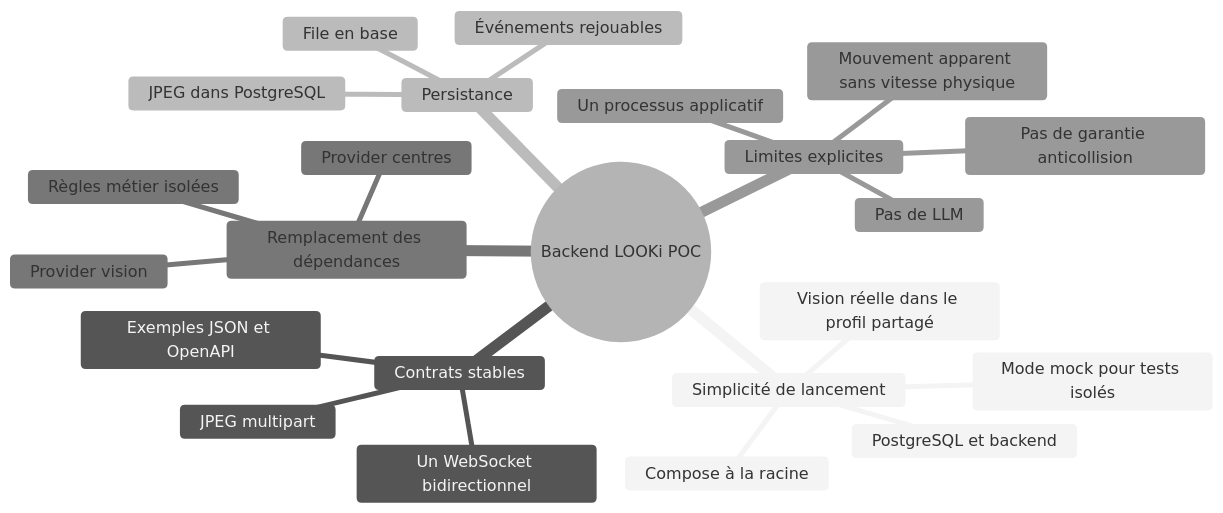
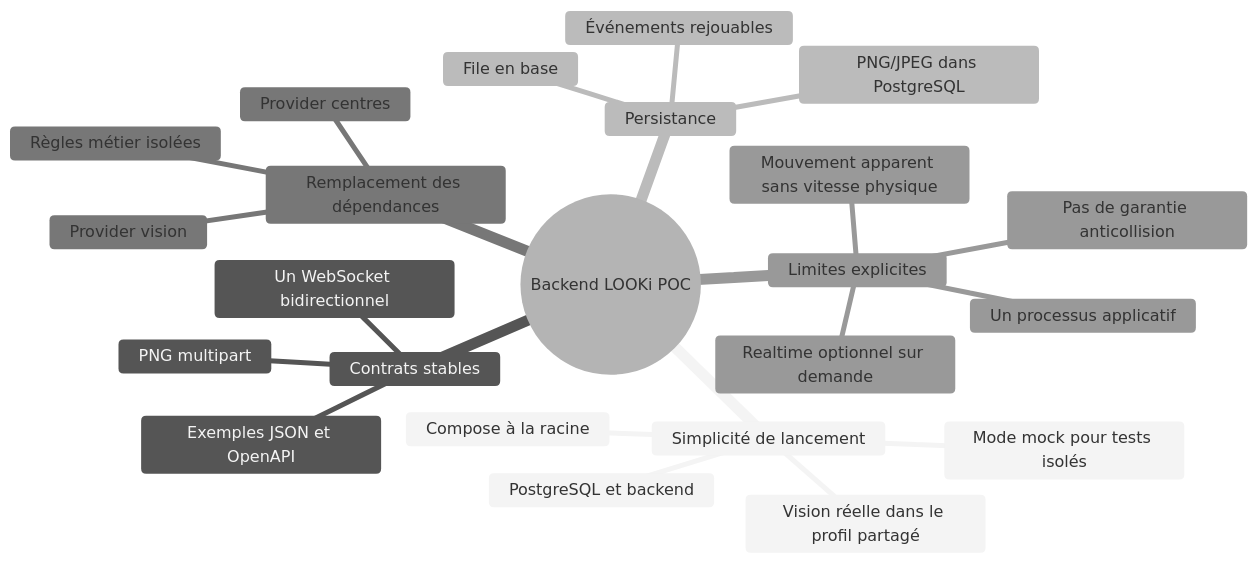
One commit to Mindsept/Looki--Vision changed the first of 5 diagrams in docs/07-decisions-et-limites.md. Above: the diagram before and after it, drawn with Mermaid (neutral theme). The commit also changed other lines of this file and 56 other files, not shown here.

Commit message:
feat(contracts): implement mobile realtime lifecycle and PNG ingestion

````diff
--- a/docs/07-decisions-et-limites.md
+++ b/docs/07-decisions-et-limites.md
@@ -5,26 +7,26 @@
 ```mermaid
 mindmap
   root((Backend LOOKi POC))
     Simplicité de lancement
       Compose à la racine
       PostgreSQL et backend
       Vision réelle dans le profil partagé
       Mode mock pour tests isolés
     Contrats stables
-      JPEG multipart
+      PNG multipart
       Un WebSocket bidirectionnel
       Exemples JSON et OpenAPI
     Persistance
-      JPEG dans PostgreSQL
+      PNG/JPEG dans PostgreSQL
       File en base
       Événements rejouables
     Remplacement des dépendances
       Provider vision
       Provider centres
       Règles métier isolées
     Limites explicites
       Un processus applicatif
       Mouvement apparent sans vitesse physique
-      Pas de LLM
+      Realtime optionnel sur demande
       Pas de garantie anticollision
 ```
````
